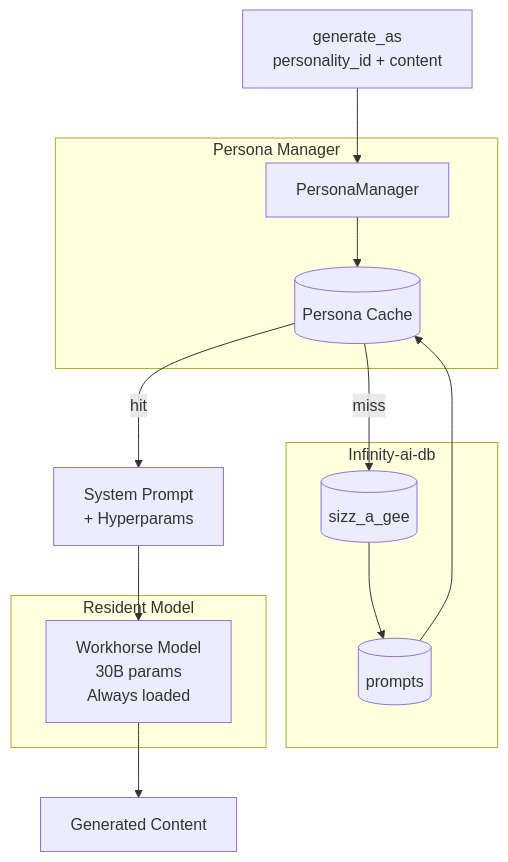
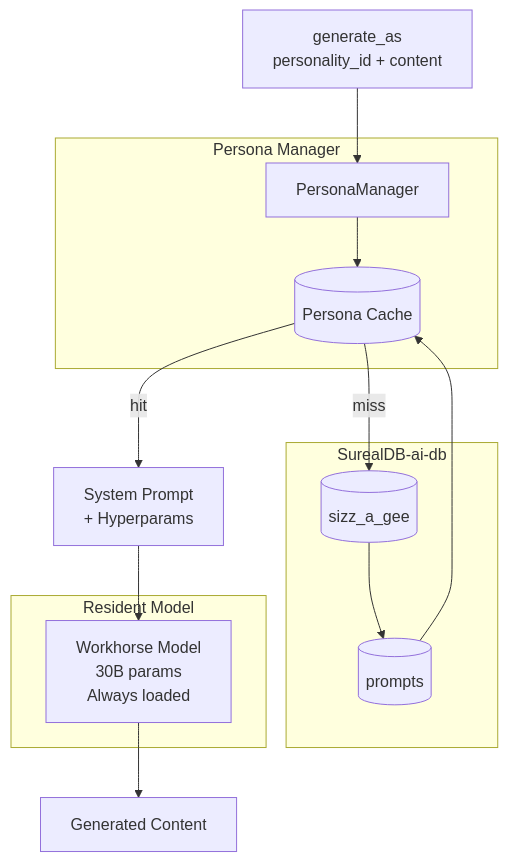
Before and after one commit to Node0/crystallizer: the tenth of 10 diagrams in design_docs/ARCHITECTURE.md, drawn with Mermaid. The commit also changed other lines of this file and 3 other files, not shown here.

````diff
--- a/design_docs/ARCHITECTURE.md
+++ b/design_docs/ARCHITECTURE.md
@@ -566,25 +566,25 @@
 ```mermaid
 flowchart TD
     subgraph Manager["Persona Manager"]
         PM[PersonaManager]
         Cache[(Persona Cache)]
     end
     
-    subgraph Database["Infinity-ai-db"]
+    subgraph Database["SurealDB-ai-db"]
         SZ[(sizz_a_gee)]
         PR[(prompts)]
     end
     
     subgraph Model["Resident Model"]
         WH[Workhorse Model<br/>30B params<br/>Always loaded]
     end
     
     Request[generate_as<br/>personality_id + content] --> PM
     PM --> Cache
     Cache -->|miss| SZ
     SZ --> PR
     PR --> Cache
     Cache -->|hit| Persona[System Prompt<br/>+ Hyperparams]
     Persona --> WH
     WH --> Output[Generated Content]
 ```
````
